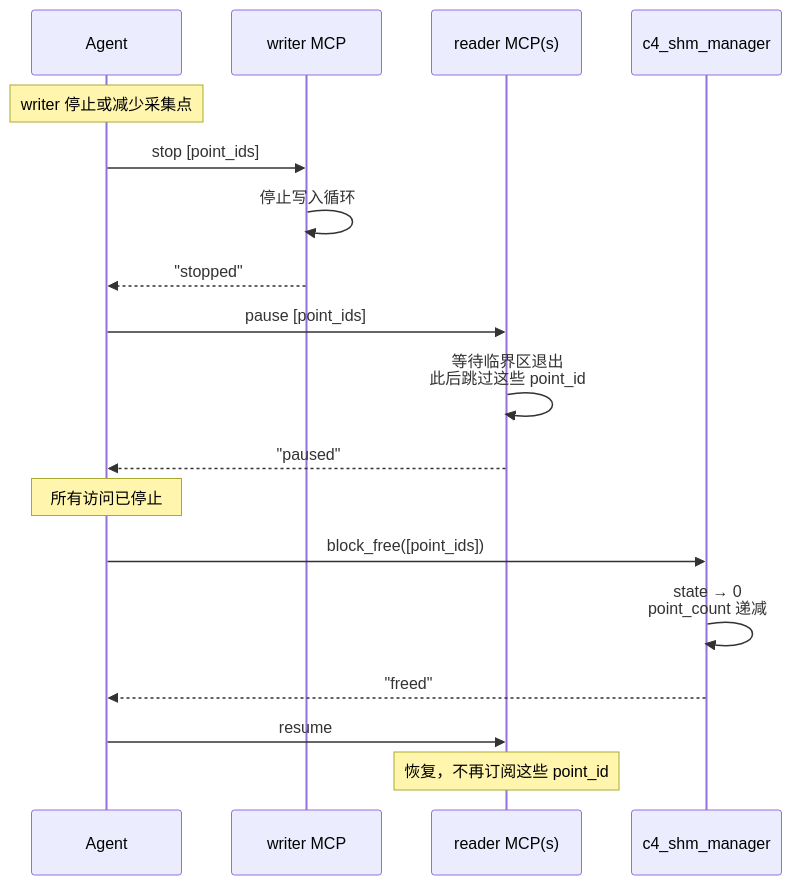
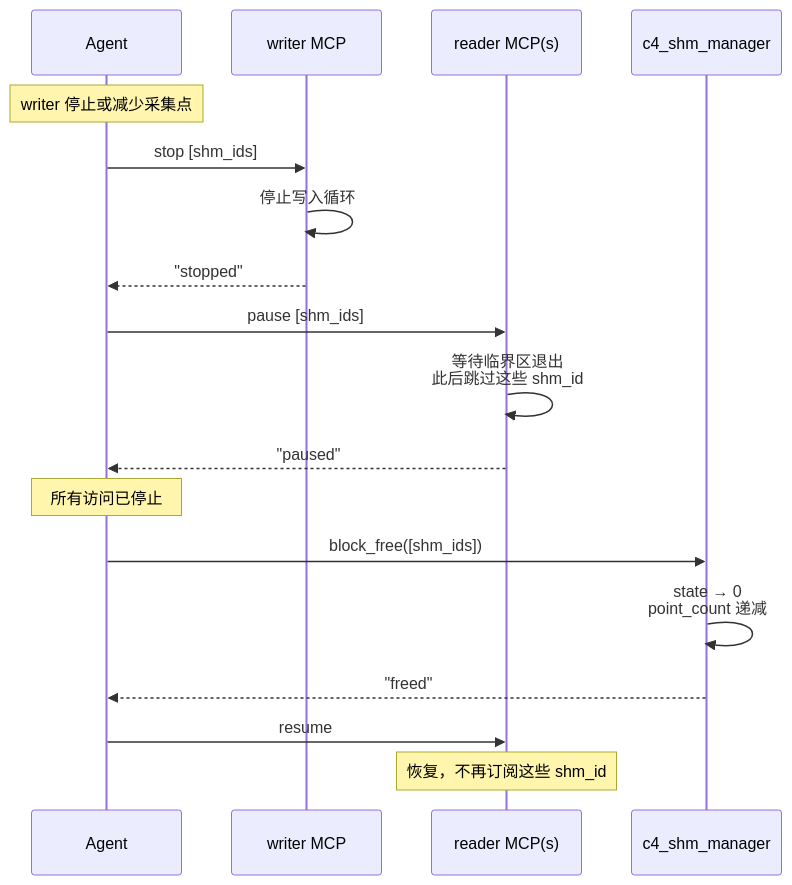
The ninth of 16 diagrams in docs/design/c4_architecture.md (activesys/c4), drawn with Mermaid before and after one commit. The commit also changed other lines of this file and 2 other files, not shown here.

````diff
--- a/docs/design/c4_architecture.md
+++ b/docs/design/c4_architecture.md
@@ -742,26 +742,26 @@
 ```mermaid
 sequenceDiagram
     participant A as Agent
     participant W as writer MCP
     participant R as reader MCP(s)
     participant S as c4_shm_manager
 
     Note over A: writer 停止或减少采集点
 
-    A->>W: stop [point_ids]
+    A->>W: stop [shm_ids]
     W->>W: 停止写入循环
     W-->>A: "stopped"
 
-    A->>R: pause [point_ids]
-    R->>R: 等待临界区退出<br/>此后跳过这些 point_id
+    A->>R: pause [shm_ids]
+    R->>R: 等待临界区退出<br/>此后跳过这些 shm_id
     R-->>A: "paused"
 
     Note over A: 所有访问已停止
 
-    A->>S: block_free([point_ids])
+    A->>S: block_free([shm_ids])
     S->>S: state → 0<br/>point_count 递减
     S-->>A: "freed"
 
     A->>R: resume
-    Note over R: 恢复，不再订阅这些 point_id
+    Note over R: 恢复，不再订阅这些 shm_id
 ```
````
